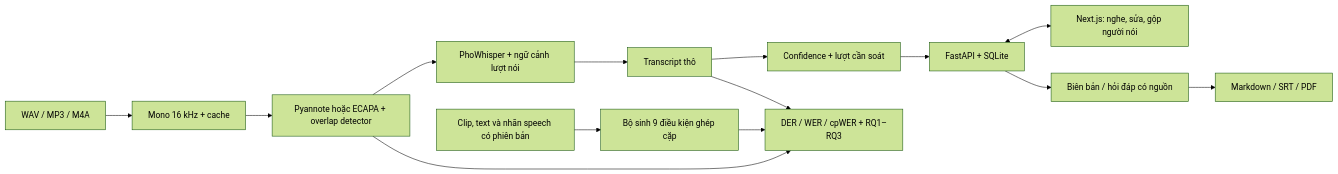
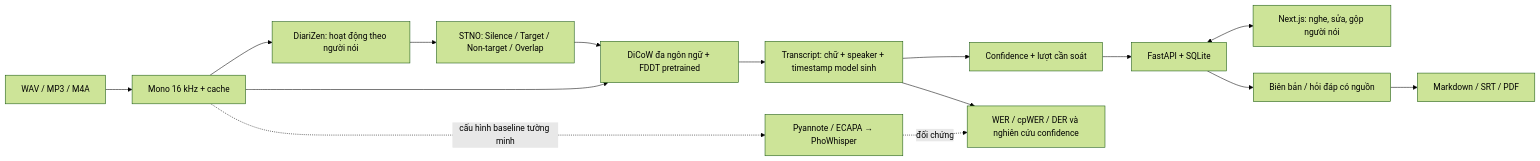
Before and after one commit to loanhviet/meeting-asr: the diagram in ARCHITECTURE.md, drawn with Mermaid (forest theme). The commit also changed other lines of this file and 32 other files, not shown here.

Commit message:
feat: make DiariZen and DiCoW the default application runtime

````diff
--- a/ARCHITECTURE.md
+++ b/ARCHITECTURE.md
@@ -3,16 +3,17 @@
 ```mermaid
 flowchart LR
   A[WAV / MP3 / M4A] --> B[Mono 16 kHz + cache]
-  B --> C[Pyannote hoặc ECAPA + overlap detector]
-  C --> D[PhoWhisper + ngữ cảnh lượt nói]
-  D --> E[Transcript thô]
-  E --> F[Confidence + lượt cần soát]
-  F --> G[FastAPI + SQLite]
-  G <--> H[Next.js: nghe, sửa, gộp người nói]
-  G --> I[Biên bản / hỏi đáp có nguồn]
-  I --> J[Markdown / SRT / PDF]
-  K[Clip, text và nhãn speech có phiên bản] --> L[Bộ sinh 9 điều kiện ghép cặp]
-  L --> M[DER / WER / cpWER + RQ1–RQ3]
-  C --> M
-  E --> M
+  B --> C[DiariZen: hoạt động theo người nói]
+  C --> D[STNO: Silence / Target / Non-target / Overlap]
+  B --> E[DiCoW đa ngôn ngữ + FDDT pretrained]
+  D --> E
+  E --> F[Transcript: chữ + speaker + timestamp model sinh]
+  F --> G[Confidence + lượt cần soát]
+  G --> H[FastAPI + SQLite]
+  H <--> I[Next.js: nghe, sửa, gộp người nói]
+  H --> J[Biên bản / hỏi đáp có nguồn]
+  J --> K[Markdown / SRT / PDF]
+  B -. cấu hình baseline tường minh .-> L[Pyannote / ECAPA → PhoWhisper]
+  L -. đối chứng .-> M[WER / cpWER / DER và nghiên cứu confidence]
+  F --> M
 ```
````
